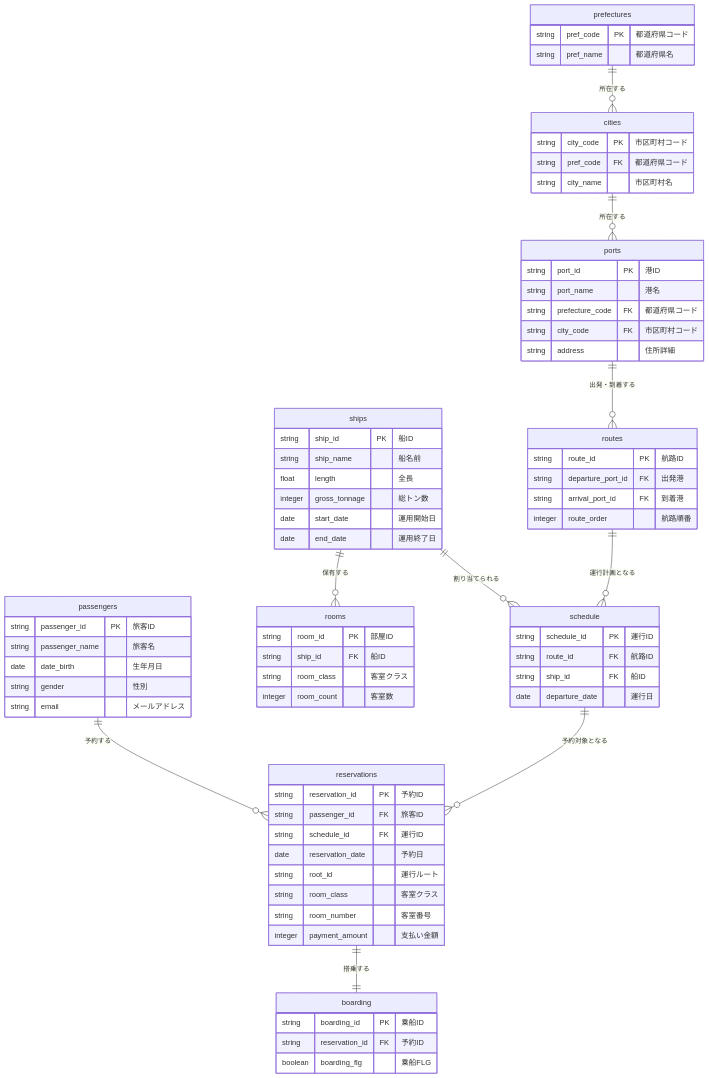
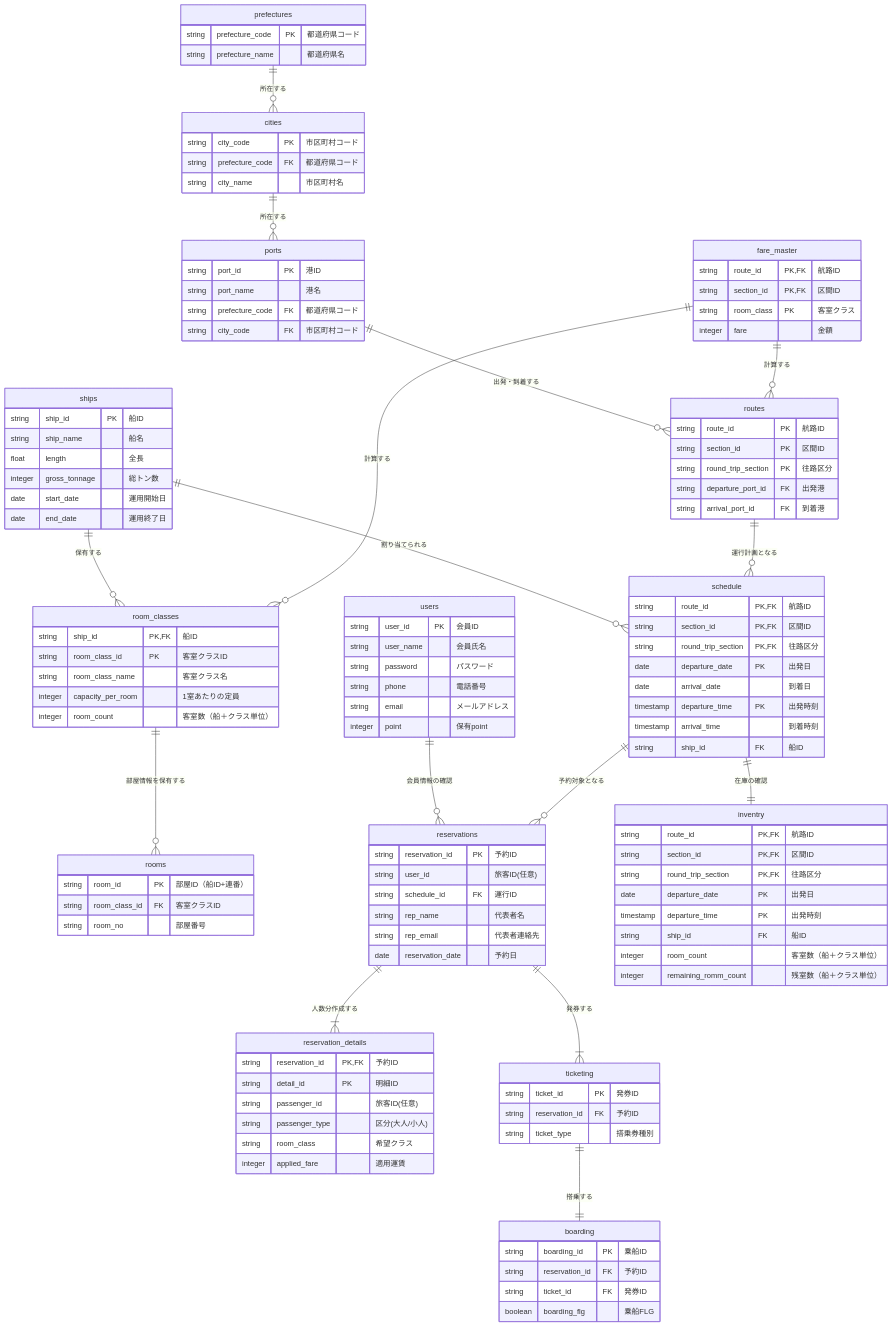
One commit to haru-shinn/data-engineering changed the diagram in 99.雑多メモ/ER図.md. Above: the diagram before and after it, drawn with Mermaid. The commit also changed 4 other files, not shown here.

Commit message:
20251222-20251226 リレーショナルデータベース+ER図の作成＋DDL(改修中)

````diff
--- a/99.雑多メモ/ER図.md
+++ b/99.雑多メモ/ER図.md
@@ -70,91 +70,154 @@
 ```mermaid
 erDiagram
 
-    passengers {
-        string passenger_id PK "旅客ID"
-        string passenger_name "旅客名"
-        date date_birth "生年月日"
-        string gender "性別"
-        string email "メールアドレス"
+    %% 会員テーブル（会員登録された方の情報）
+    users {
+      string user_id PK "会員ID"
+      string user_name "会員氏名"
+      string password "パスワード"
+      string phone "電話番号"
+      string email "メールアドレス"
+      integer point "保有point"
     }
 
+    %% 船テーブル（保有している船の情報）
     ships {
         string ship_id PK "船ID"
-        string ship_name "船名前"
+        string ship_name "船名"
         float length "全長"
         integer gross_tonnage "総トン数"
         date start_date "運用開始日"
         date end_date "運用終了日"
     }
 
-    rooms {
-        string room_id PK "部屋ID"
-        string ship_id FK "船ID"
-        string room_class "客室クラス"
-        integer room_count "客室数"
+    %% 部屋クラステーブル（各船に用意されている客室クラスの情報）
+    room_classes {
+        string ship_id PK, FK "船ID"
+        string room_class_id PK "客室クラスID"
+        string room_class_name "客室クラス名"
+        integer capacity_per_room "1室あたりの定員"
+        integer room_count "客室数（船＋クラス単位）"
     }
 
+    %% 部屋テーブル（各船に用意されている客室の情報）
+    rooms {
+      string room_id PK "部屋ID（船ID+連番）"
+      string room_class_id FK "客室クラスID"
+      string room_no "部屋番号"
+    }
+
+    %% 航路テーブル（運行する航路の情報）
     routes {
         string route_id PK "航路ID"
+        string section_id PK "区間ID"
+        string round_trip_section PK "往路区分"
         string departure_port_id FK "出発港"
         string arrival_port_id FK "到着港"
-        integer route_order "航路順番"
     }
 
+    %% 港テーブル（港の情報）
     ports {
         string port_id PK "港ID"
         string port_name "港名"
         string prefecture_code FK "都道府県コード"
         string city_code FK "市区町村コード"
-        string address "住所詳細"
     }
 
+    %% 都道府県テーブル（都道府県名の情報）
     prefectures {
-        string pref_code PK "都道府県コード"
-        string pref_name "都道府県名"
+        string prefecture_code PK "都道府県コード"
+        string prefecture_name "都道府県名"
     }
 
+    %% 市区町村テーブル（市区町村の情報）
     cities {
         string city_code PK "市区町村コード"
-        string pref_code FK "都道府県コード"
+        string prefecture_code FK "都道府県コード"
         string city_name "市区町村名"
     }
 
+    %% 運行スケジュールテーブル（運行スケジュールの情報）
     schedule {
-        string schedule_id PK "運行ID"
-        string route_id FK "航路ID"
+        string route_id PK,FK "航路ID"
+        string section_id PK,FK "区間ID"
+        string round_trip_section PK,FK "往路区分"
+        date departure_date PK "出発日"
+        date arrival_date "到着日"
+        timestamp departure_time PK "出発時刻"
+        timestamp arrival_time "到着時刻"
         string ship_id FK "船ID"
-        date departure_date "運行日"
     }
 
+    %% 予約基本情報テーブル（ヘッダー情報：誰が、いつ、どの便を）
     reservations {
         string reservation_id PK "予約ID"
-        string passenger_id FK "旅客ID"
+        string user_id "旅客ID(任意)"
         string schedule_id FK "運行ID"
+        string rep_name "代表者名"
+        string rep_email "代表者連絡先"
         date reservation_date "予約日"
-        string root_id "運行ルート"
-        string room_class "客室クラス"
-        string room_number "客室番号"
-        integer payment_amount "支払い金額"
     }
 
+    %% 予約明細情報テーブル（ボディ情報：誰が、どの区分で、どの部屋か）
+    reservation_details {
+        string reservation_id PK,FK "予約ID"
+        string detail_id PK "明細ID"
+        string passenger_id "旅客ID(任意)"
+        string passenger_type "区分(大人/小人)"
+        string room_class "希望クラス"
+        integer applied_fare "適用運賃"
+    }
+
+    %% 在庫テーブル（残りの部屋数）
+    inventry {
+        string route_id PK,FK "航路ID"
+        string section_id PK,FK "区間ID"
+        string round_trip_section PK,FK "往路区分"
+        date departure_date PK "出発日"
+        timestamp departure_time PK "出発時刻"
+        string ship_id FK "船ID"
+        integer room_count "客室数（船＋クラス単位）"
+        integer remaining_romm_count "残室数（船＋クラス単位）"
+    }
+
+    %% 発券テーブル（発券情報）
+    ticketing {
+      string ticket_id PK "発券ID"
+      string reservation_id FK "予約ID"
+      string ticket_type "搭乗券種別"
+    }
+
+    %% 搭乗実績テーブル（搭乗情報）
     boarding {
         string boarding_id PK "乗船ID"
         string reservation_id FK "予約ID"
+        string ticket_id FK "発券ID"
         boolean boarding_flg "乗船FLG"
     }
 
+    %% 運賃テーブル（運賃タイプと運賃の情報）
+    fare_master {
+        string route_id PK, FK "航路ID"
+        string section_id PK, FK "区間ID"
+        string room_class PK "客室クラス"
+        integer fare "金額"
+    }
 
     prefectures ||--o{ cities: "所在する"
     cities ||--o{ ports: "所在する"
     ports ||--o{ routes: "出発・到着する"
 
-    ships ||--o{ rooms: "保有する"
+    ships ||--o{ room_classes: "保有する"
+    room_classes ||--o{ rooms : "部屋情報を保有する"
     ships ||--o{ schedule: "割り当てられる"
-    routes ||--o{ schedule: "運行計画となる"   
+    routes ||--o{ schedule: "運行計画となる"
+    fare_master ||--o{ room_classes: "計算する"
+    fare_master ||--o{ routes: "計算する"
 
-    passengers ||--o{ reservations: "予約する"
+    users ||--o{ reservations : "会員情報の確認"
     schedule ||--o{ reservations: "予約対象となる"
-
-    reservations ||--|| boarding: "搭乗する"
+    schedule ||--|| inventry: "在庫の確認"
+    reservations ||--|{ reservation_details : "人数分作成する"
+    reservations ||--|{ ticketing: "発券する"
+    ticketing ||--|| boarding: "搭乗する"
 ```
````
